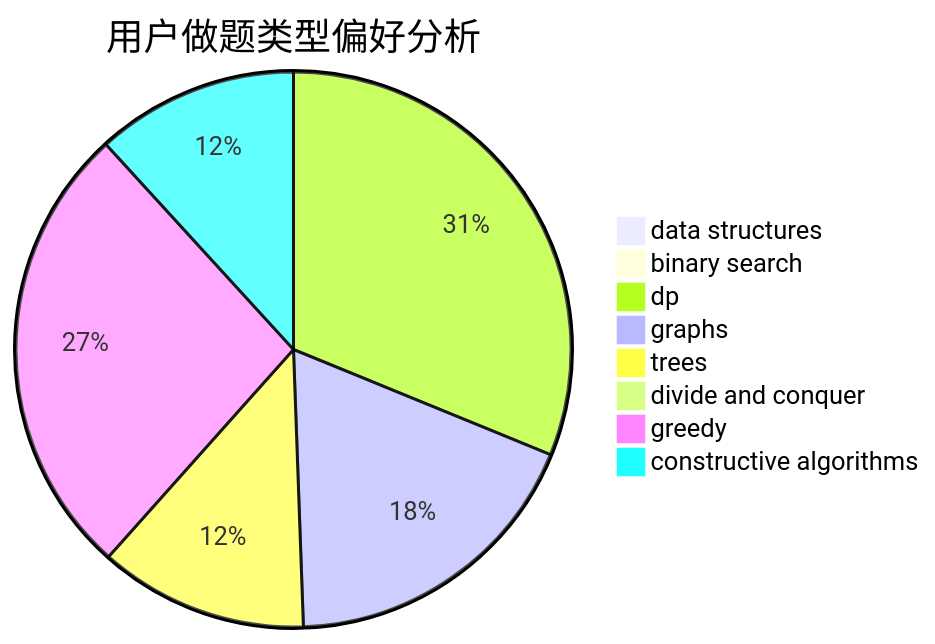
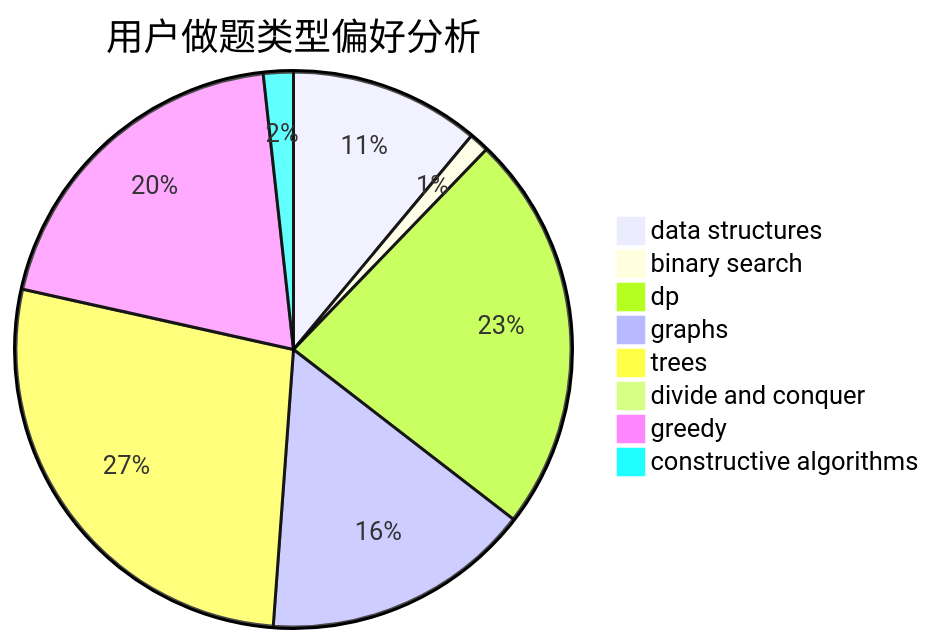
Before and after one commit to sherpahu/cfrs.github.io: the second of 3 diagrams in docs/user/u630.md, drawn with Mermaid. The commit also changed other lines of this file and 2770 other files, not shown here.

````diff
--- a/docs/user/u630.md
+++ b/docs/user/u630.md
@@ -23,11 +23,11 @@
 ```mermaid
 pie title 用户做题类型偏好分析
-    "data structures" :  0
-    "binary search" :  1
-    "dp" :  82
-    "graphs" :  48
-    "trees" :  32
+    "data structures" :  19
+    "binary search" :  2
+    "dp" :  40
+    "graphs" :  27
+    "trees" :  47
     "divide and conquer" :  0
-    "greedy" :  70
-    "constructive algorithms" :  31
+    "greedy" :  34
+    "constructive algorithms" :  3
 ```
````
